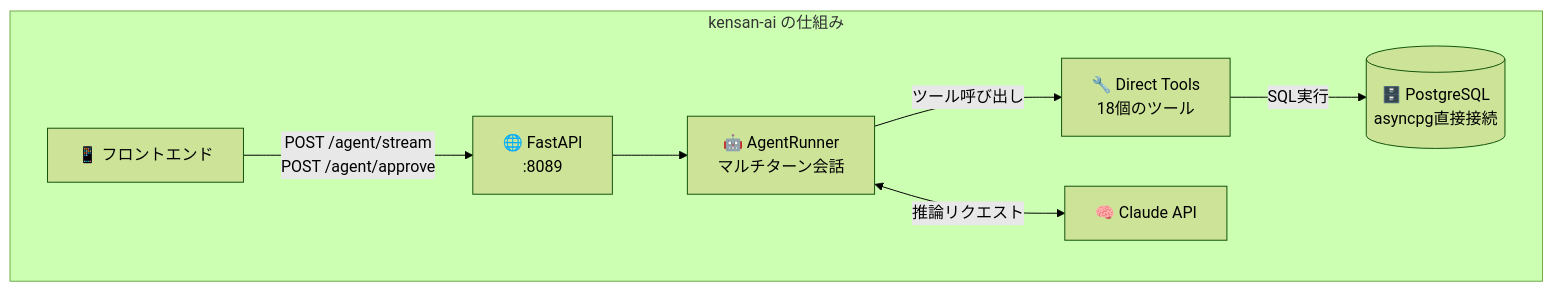
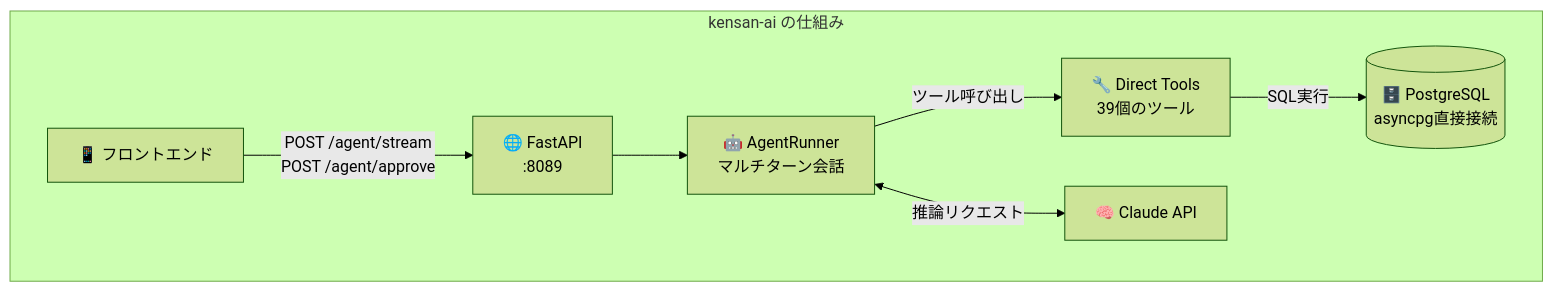
One commit to yu-min3/kensan changed the seventh of 18 diagrams in docs/guides/architecture_guide_for_beginners.md. Above: the diagram before and after it, drawn with Mermaid (forest theme). The commit also changed other lines of this file and 60 other files, not shown here.

````diff
--- a/docs/guides/architecture_guide_for_beginners.md
+++ b/docs/guides/architecture_guide_for_beginners.md
@@ -411,17 +411,17 @@
 ```mermaid
 graph TB
     subgraph "kensan-ai の仕組み"
         FE["📱 フロントエンド"]
         API["🌐 FastAPI<br/>:8089"]
         Agent["🤖 AgentRunner<br/>マルチターン会話"]
-        Tools["🔧 Direct Tools<br/>18個のツール"]
+        Tools["🔧 Direct Tools<br/>39個のツール"]
         DB[("🗄️ PostgreSQL<br/>asyncpg直接接続")]
         Claude["🧠 Claude API"]
     end
 
     FE -->|"POST /agent/stream<br/>POST /agent/approve"| API
     API --> Agent
     Agent -->|"ツール呼び出し"| Tools
     Tools -->|"SQL実行"| DB
     Agent <-->|"推論リクエスト"| Claude
 ```
````
